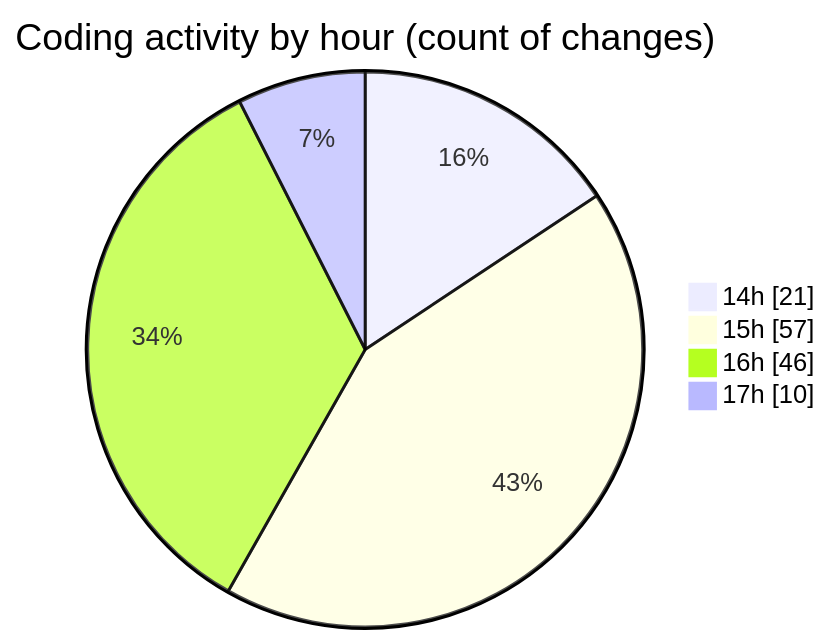
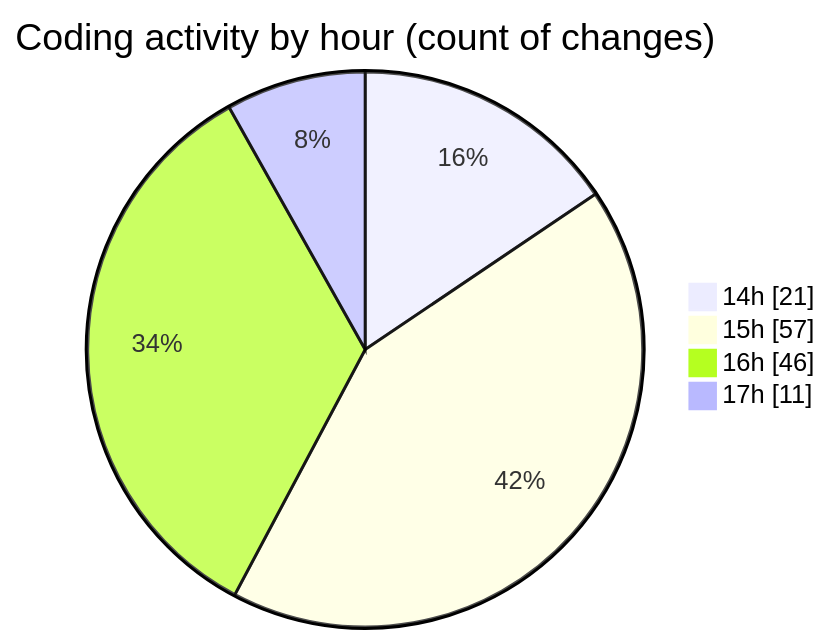
One commit to Ritupan-Deka/code-tracking changed the second of 2 diagrams in 2025-05-24/projects/README.md. Above: the diagram before and after it, drawn with Mermaid. The commit also changed other lines of this file and 1 other file, not shown here.

````diff
--- a/2025-05-24/projects/README.md
+++ b/2025-05-24/projects/README.md
@@ -35,8 +35,8 @@
 ```mermaid
 pie showData
 title Coding activity by hour (count of changes)
 "14h" : 21
 "15h" : 57
 "16h" : 46
-"17h" : 10
+"17h" : 11
 ```
````
